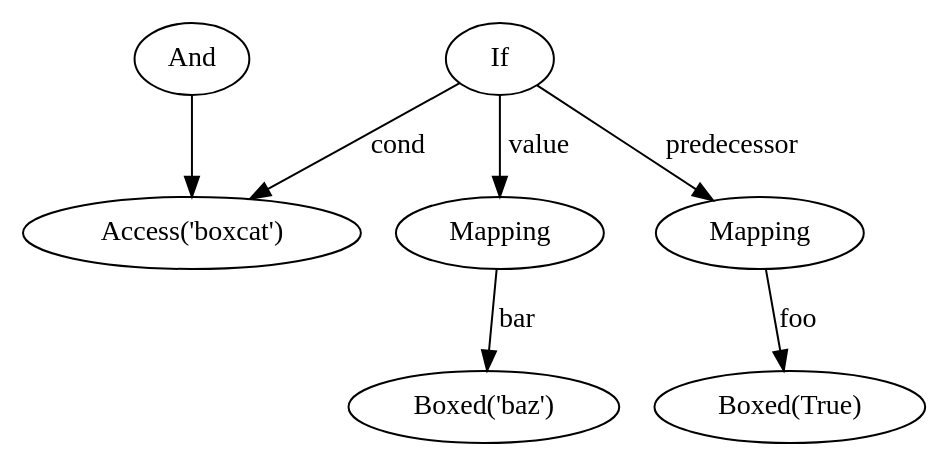
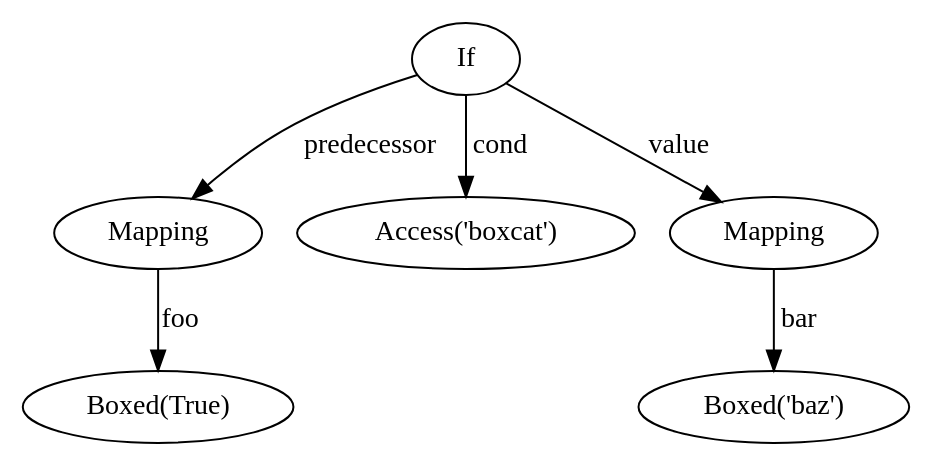
The third of 5 diagrams in docs/resolver.rst (yaybu/yay), drawn with Graphviz before and after one commit.

Commit message:
Fix error in graph

```diff
--- a/docs/resolver.rst
+++ b/docs/resolver.rst
@@ -209,12 +209,11 @@
 .. digraph:: folding_folded
 
     Boxed1 [label="Boxed(True)"]
     Mapping -> Boxed1 [label="foo"];
     If -> Mapping [label="predecessor"];
     If -> Access2 [label="cond"];
     If -> Mapping2 [label="value"];
     Mapping2 [label="Mapping"];
     Mapping2 -> Boxed2 [label="bar"];
     Boxed2 [label="Boxed('baz')"]
-    And -> Access2;
     Access2 [label="Access('boxcat')"]
```
